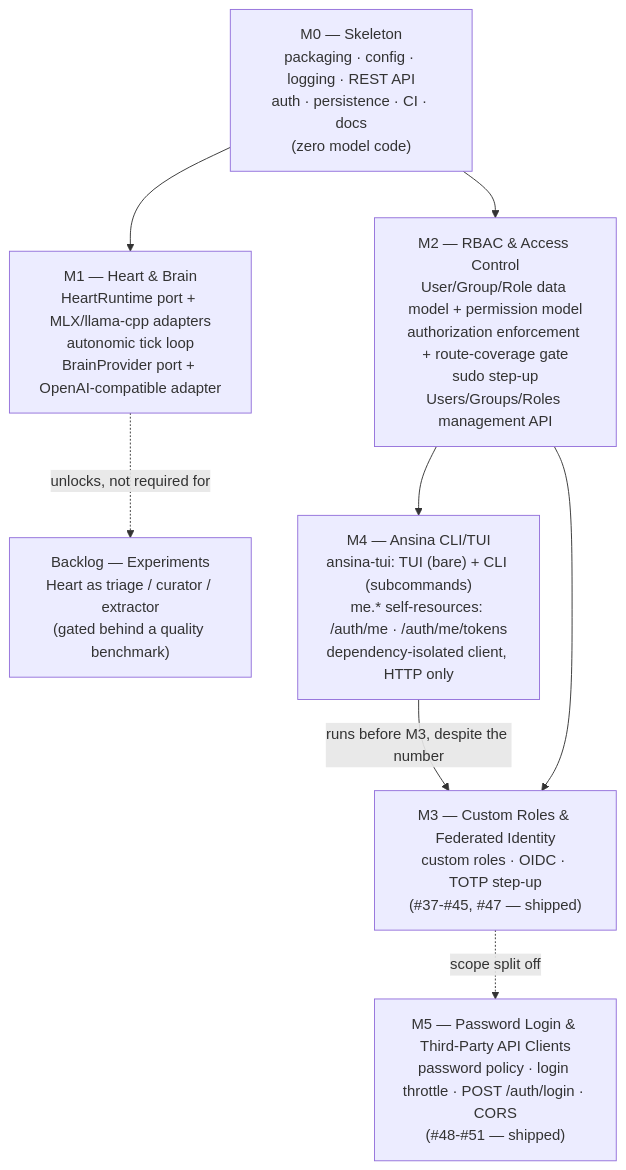
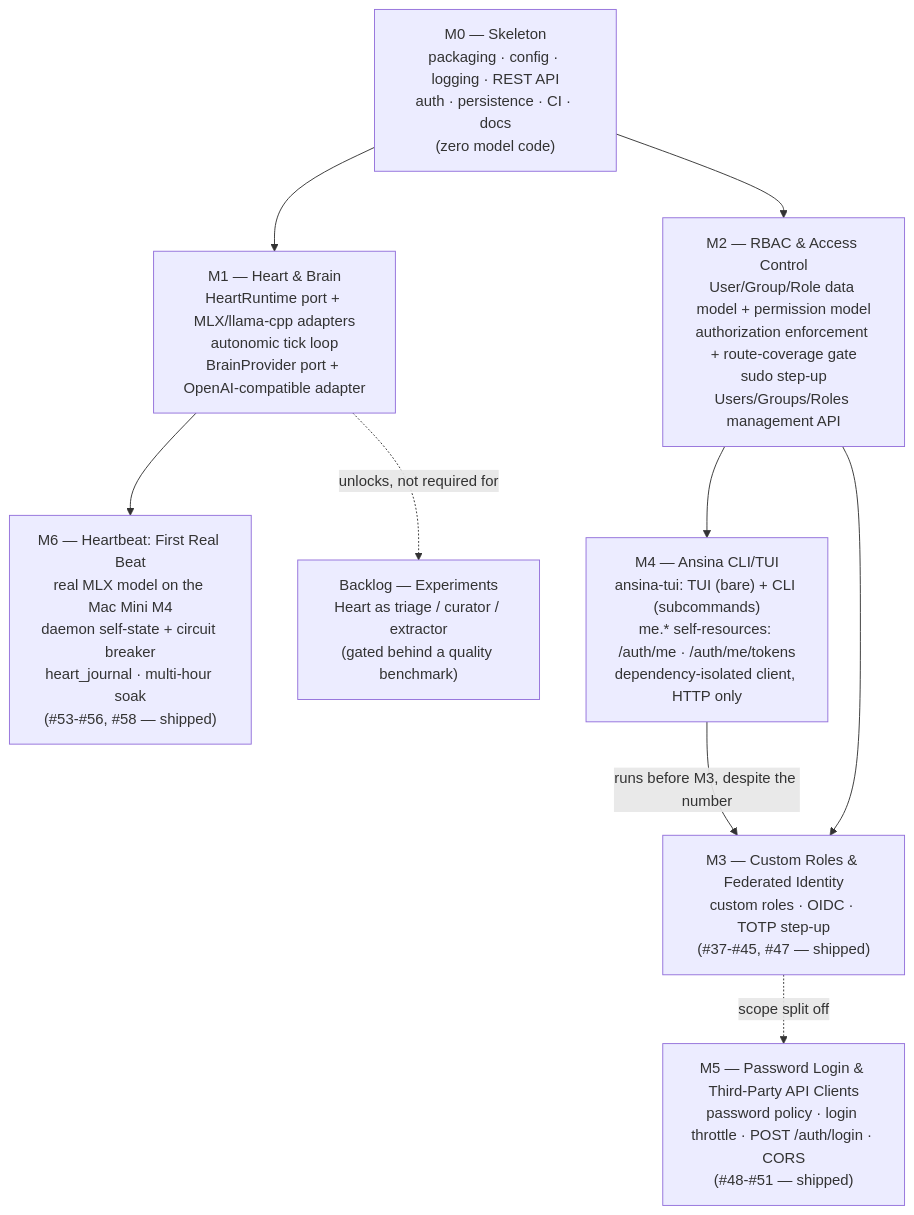
Before and after one commit to giacchetta/ansina: the second of 2 diagrams in docs/architecture/blueprint.md, drawn with Mermaid. The commit also changed other lines of this file and 71 other files, not shown here.

First line of the commit message:
Ansina — Heartbeat: First Real Beat (#57)

````diff
--- a/docs/architecture/blueprint.md
+++ b/docs/architecture/blueprint.md
@@ -190,17 +192,19 @@
 ```mermaid
 flowchart TD
     M0["M0 — Skeleton\npackaging · config · logging · REST API\nauth · persistence · CI · docs\n(zero model code)"]
     M1["M1 — Heart & Brain\nHeartRuntime port + MLX/llama-cpp adapters\nautonomic tick loop\nBrainProvider port + OpenAI-compatible adapter"]
     M2["M2 — RBAC & Access Control\nUser/Group/Role data model + permission model\nauthorization enforcement + route-coverage gate\nsudo step-up\nUsers/Groups/Roles management API"]
     M4["M4 — Ansina CLI/TUI\nansina-tui: TUI (bare) + CLI (subcommands)\nme.* self-resources: /auth/me · /auth/me/tokens\ndependency-isolated client, HTTP only"]
     M3["M3 — Custom Roles & Federated Identity\ncustom roles · OIDC · TOTP step-up\n(#37-#45, #47 — shipped)"]
     M5["M5 — Password Login & Third-Party API Clients\npassword policy · login throttle · POST /auth/login · CORS\n(#48-#51 — shipped)"]
+    M6["M6 — Heartbeat: First Real Beat\nreal MLX model on the Mac Mini M4\ndaemon self-state + circuit breaker\nheart_journal · multi-hour soak\n(#53-#56, #58 — shipped)"]
     BL["Backlog — Experiments\nHeart as triage / curator / extractor\n(gated behind a quality benchmark)"]
     M0 --> M1
     M0 --> M2
     M2 --> M4
     M4 -->|"runs before M3, despite the number"| M3
     M2 --> M3
     M3 -.scope split off.-> M5
+    M1 --> M6
     M1 -.unlocks, not required for.-> BL
 ```
````
